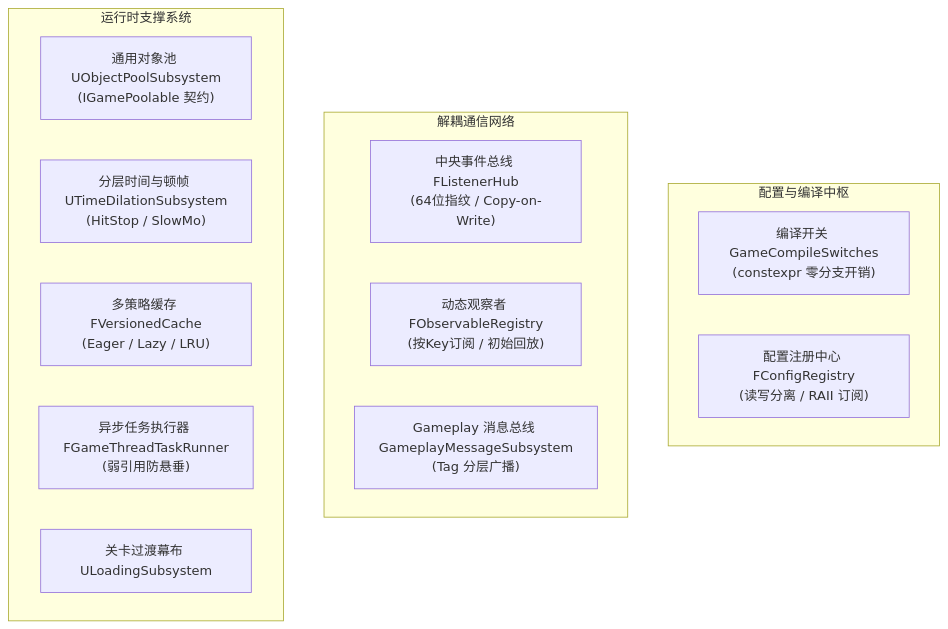
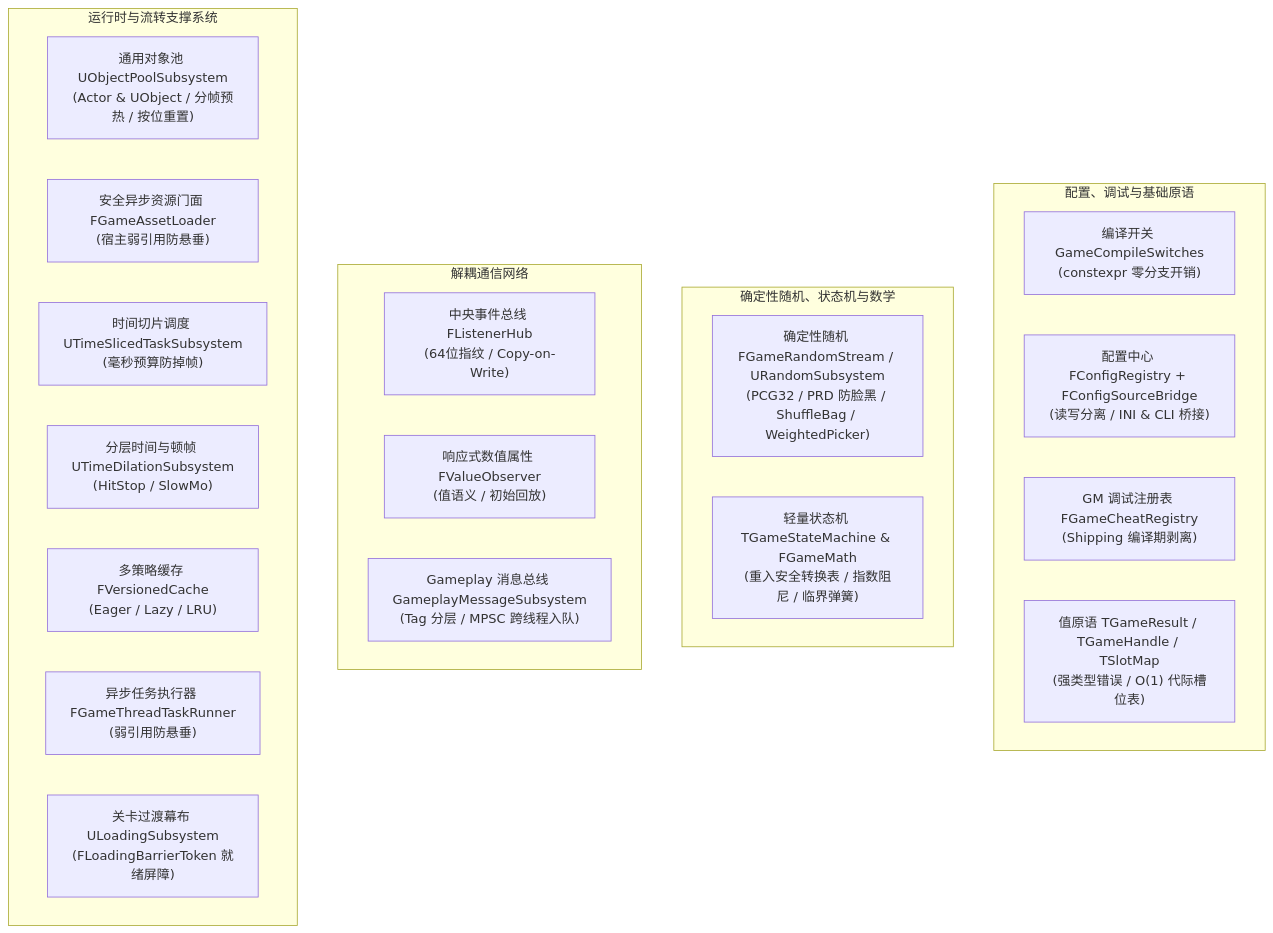
The diagram in Plugins/GameCore/README.md (YIice-cwj/ue5-toolkit), drawn with Mermaid before and after one commit. The commit also changed other lines of this file and 92 other files, not shown here.

````diff
--- a/Plugins/GameCore/README.md
+++ b/Plugins/GameCore/README.md
@@ -9,21 +9,30 @@
 ```mermaid
 graph TD
-    subgraph Config["配置与编译中枢"]
+    subgraph Config["配置、调试与基础原语"]
         Switches["编译开关 GameCompileSwitches<br>(constexpr 零分支开销)"]
-        ConfigReg["配置注册中心 FConfigRegistry<br>(读写分离 / RAII 订阅)"]
+        ConfigReg["配置中心 FConfigRegistry + FConfigSourceBridge<br>(读写分离 / INI & CLI 桥接)"]
+        CheatReg["GM 调试注册表 FGameCheatRegistry<br>(Shipping 编译期剥离)"]
+        Types["值原语 TGameResult / TGameHandle / TSlotMap<br>(强类型错误 / O(1) 代际槽位表)"]
+    end
+
+    subgraph Determinism["确定性随机、状态机与数学"]
+        Rng["确定性随机 FGameRandomStream / URandomSubsystem<br>(PCG32 / PRD 防脸黑 / ShuffleBag / WeightedPicker)"]
+        FsmMath["轻量状态机 TGameStateMachine & FGameMath<br>(重入安全转换表 / 指数阻尼 / 临界弹簧)"]
     end
 
     subgraph Messaging["解耦通信网络"]
         ListenerHub["中央事件总线 FListenerHub<br>(64位指纹 / Copy-on-Write)"]
-        ObservableReg["动态观察者 FObservableRegistry<br>(按Key订阅 / 初始回放)"]
-        GMS["Gameplay 消息总线 GameplayMessageSubsystem<br>(Tag 分层广播)"]
+        ValueObs["响应式数值属性 FValueObserver<br>(值语义 / 初始回放)"]
+        GMS["Gameplay 消息总线 GameplayMessageSubsystem<br>(Tag 分层 / MPSC 跨线程入队)"]
     end
 
-    subgraph Runtime["运行时支撑系统"]
-        Pool["通用对象池 UObjectPoolSubsystem<br>(IGamePoolable 契约)"]
+    subgraph Runtime["运行时与流转支撑系统"]
+        Pool["通用对象池 UObjectPoolSubsystem<br>(Actor & UObject / 分帧预热 / 按位重置)"]
+        AssetLoader["安全异步资源门面 FGameAssetLoader<br>(宿主弱引用防悬垂)"]
+        TimeSlice["时间切片调度 UTimeSlicedTaskSubsystem<br>(毫秒预算防掉帧)"]
         TimeDilation["分层时间与顿帧 UTimeDilationSubsystem<br>(HitStop / SlowMo)"]
         VersionedCache["多策略缓存 FVersionedCache<br>(Eager / Lazy / LRU)"]
         TaskRunner["异步任务执行器 FGameThreadTaskRunner<br>(弱引用防悬垂)"]
-        Loading["关卡过渡幕布 ULoadingSubsystem"]
+        Loading["关卡过渡幕布 ULoadingSubsystem<br>(FLoadingBarrierToken 就绪屏障)"]
     end
 ```
````
